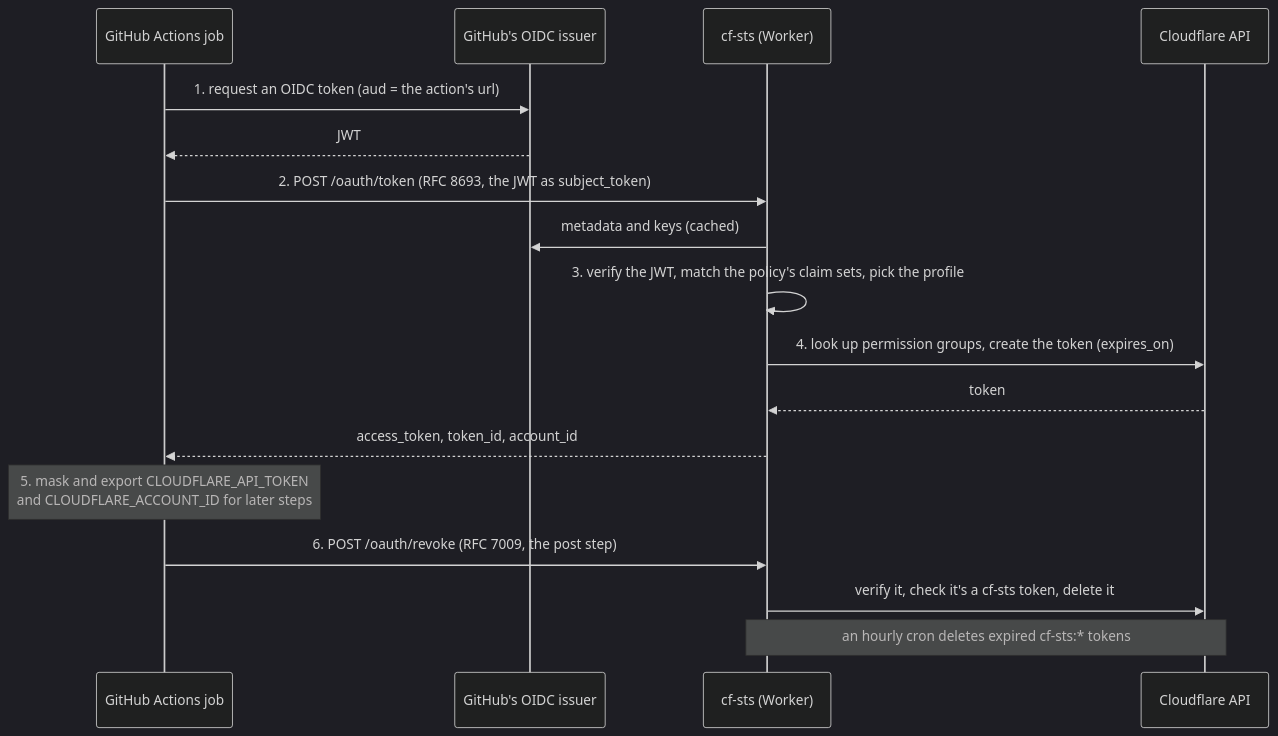
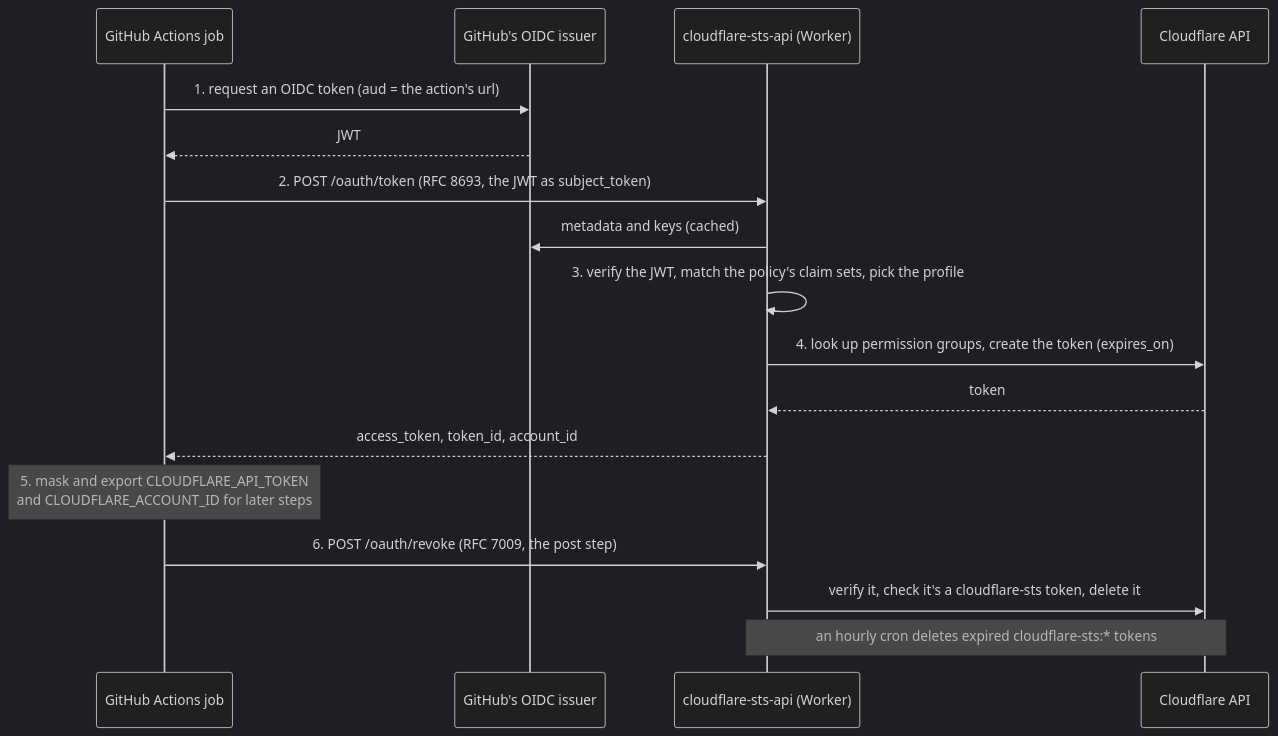
Before and after one commit to cf-contrib/cf-oidc-exchange: the diagram in README.md, drawn with Mermaid (dark theme). The commit also changed other lines of this file and 115 other files, not shown here.

First line of the commit message:
feat!: rename the project cloudflare-sts (#92)

````diff
--- a/README.md
+++ b/README.md
@@ -48,20 +48,20 @@
 ```mermaid
 sequenceDiagram
     participant Job as GitHub Actions job
     participant OIDC as GitHub's OIDC issuer
-    participant Broker as cf-sts (Worker)
+    participant Broker as cloudflare-sts-api (Worker)
     participant CF as Cloudflare API
 
     Job->>OIDC: 1. request an OIDC token (aud = the action's url)
     OIDC-->>Job: JWT
     Job->>Broker: 2. POST /oauth/token (RFC 8693, the JWT as subject_token)
     Broker->>OIDC: metadata and keys (cached)
     Broker->>Broker: 3. verify the JWT, match the policy's claim sets, pick the profile
     Broker->>CF: 4. look up permission groups, create the token (expires_on)
     CF-->>Broker: token
     Broker-->>Job: access_token, token_id, account_id
     Note over Job: 5. mask and export CLOUDFLARE_API_TOKEN<br/>and CLOUDFLARE_ACCOUNT_ID for later steps
     Job->>Broker: 6. POST /oauth/revoke (RFC 7009, the post step)
-    Broker->>CF: verify it, check it's a cf-sts token, delete it
-    Note over Broker,CF: an hourly cron deletes expired cf-sts:* tokens
+    Broker->>CF: verify it, check it's a cloudflare-sts token, delete it
+    Note over Broker,CF: an hourly cron deletes expired cloudflare-sts:* tokens
 ```
````
